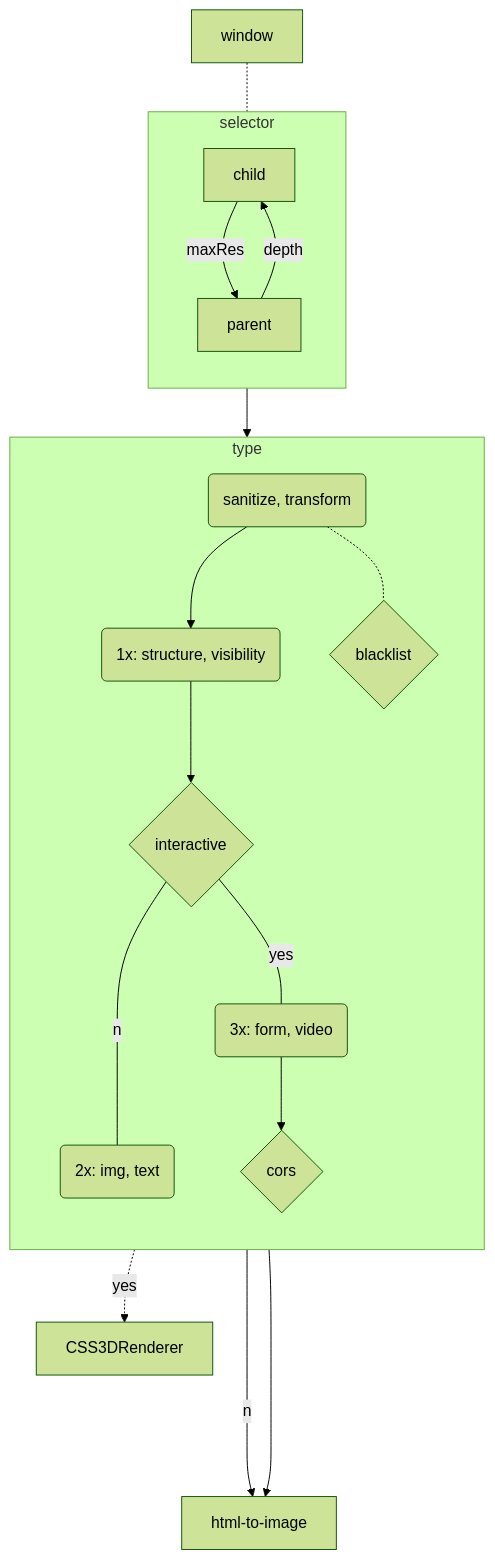
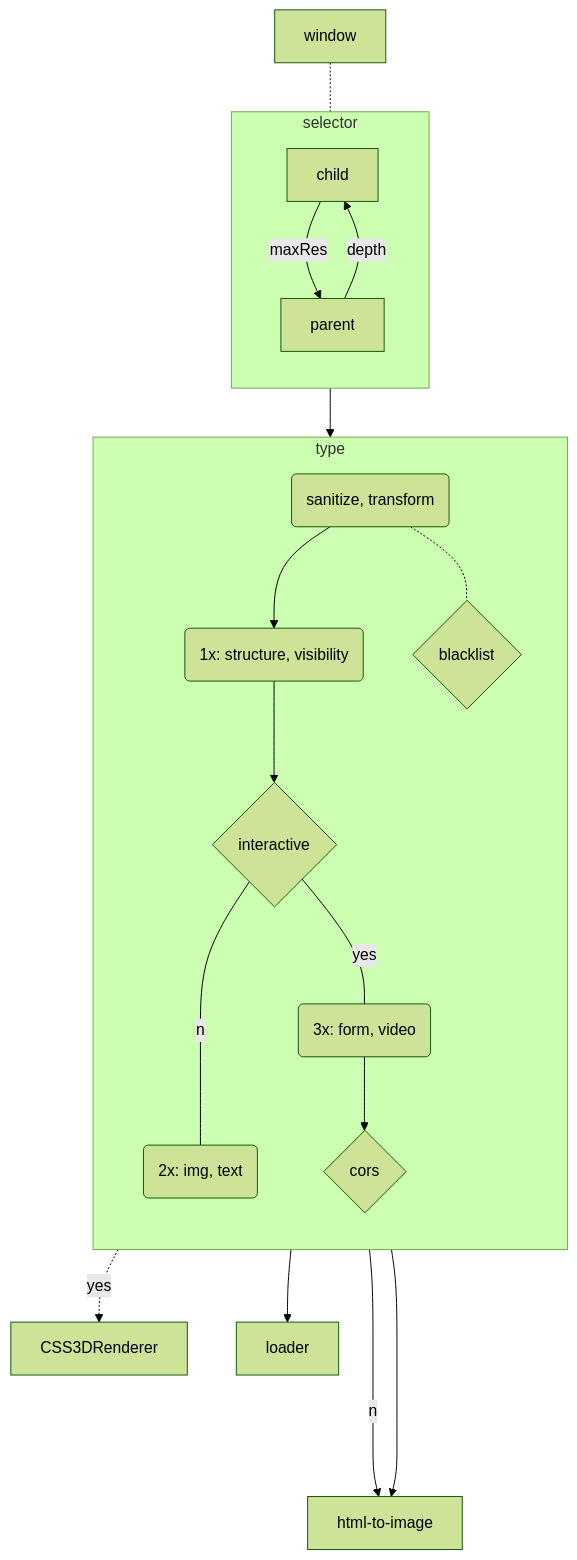
The diagram in README.md (KurtPachinger/mpos-precept), drawn with Mermaid (forest theme) before and after one commit.

````diff
--- a/README.md
+++ b/README.md
@@ -22,28 +22,28 @@
 ```mermaid
 flowchart TB
 
 window-.-selector
 subgraph selector
  direction TB
  child--maxRes-->parent
  parent--depth-->child
 end
 
 grade("sanitize, transform")
 selector-->grade-->a
 
 subgraph type
   direction TB
   a("1x: structure, visibility")
   grade-.-tag{blacklist}
   a-->b{interactive}
   b--no---poster("2x: img, text")
   b--yes---native("3x: form, video")
   native-->c{cors}
 end
 
 c-.yes-.->CSS3DRenderer
 c--no--->html-to-image
 poster-->html-to-image
-
+a-->loader
 ```
````
